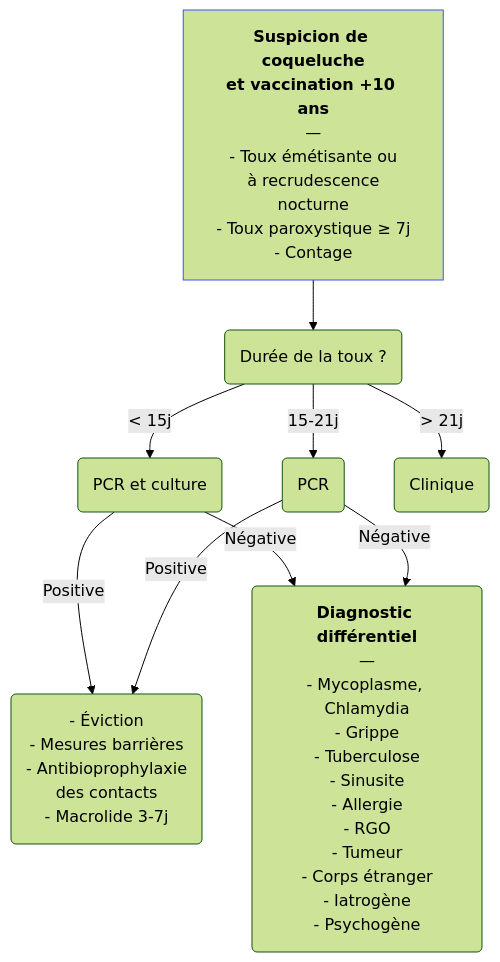
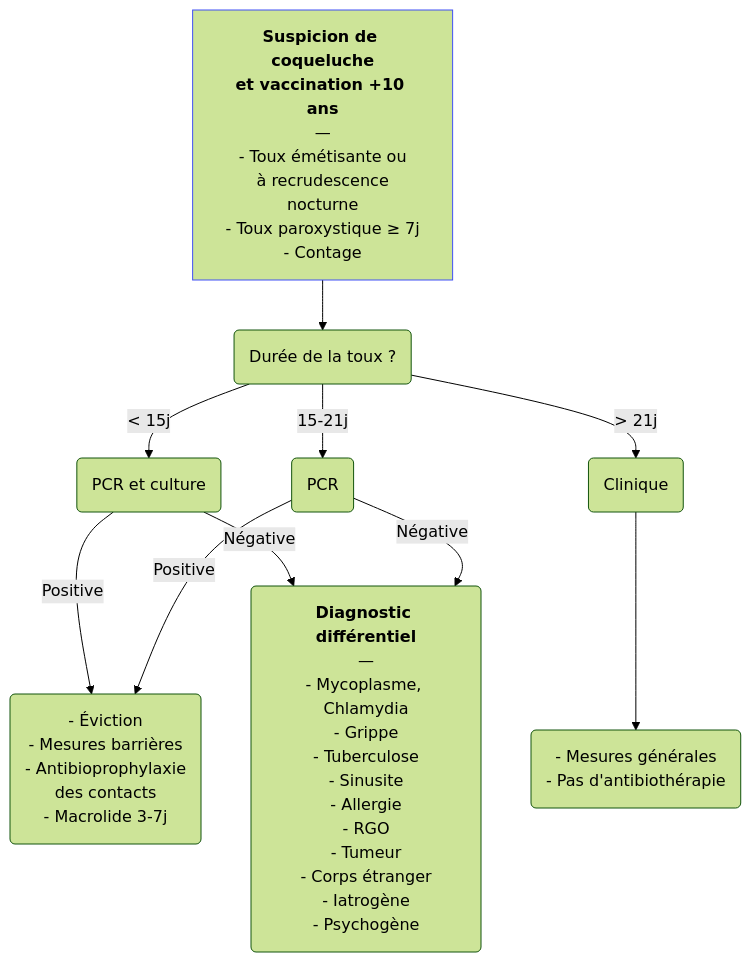
Before and after one commit to djibe/recommandations-medicales: the diagram in content/recommandations/coqueluche.md, drawn with Mermaid (forest theme). The commit also changed other lines of this file and 4 other files, not shown here.

```diff
--- a/content/recommandations/coqueluche.md
+++ b/content/recommandations/coqueluche.md
@@ -246,10 +246,10 @@
 {{< mermaid title="Prise en charge d'un cas de coqueluche à partir de l'adolescence. Dr JB Fron d'après HCSP 2022 et CMIT" >}}
 graph TB
   suspicion["<b>Suspicion de coqueluche<br>et vaccination +10 ans</b><br>—<br>- Toux émétisante ou<br> à recrudescence nocturne<br>- Toux paroxystique ≥ 7j<br>- Contage"] --> durée(Durée de la toux ?)
   style suspicion stroke:#4150f5, stroke-width:1px
     durée -- "&lt; 15j" --> les2(PCR et culture) -- Positive --> traitement("- Éviction<br>- Mesures barrières<br>- Antibioprophylaxie<br> des contacts<br>- Macrolide 3-7j")
     durée -- 15-21j --> PCR(PCR) -- Positive --> traitement
       les2 -- Négative --> différentiel("<b>Diagnostic différentiel</b><br>—<br>- Mycoplasme, Chlamydia<br>- Grippe<br>- Tuberculose<br>- Sinusite<br>- Allergie<br>- RGO<br>- Tumeur<br>- Corps étranger<br>- Iatrogène<br>- Psychogène")
       PCR -- Négative --> différentiel
-    durée -- &gt; 21j --> clinique(Clinique)
+    durée -- &gt; 21j --> clinique(Clinique) --> abstention("- Mesures générales<br>- Pas d'antibiothérapie")
 {{< /mermaid >}}
```
